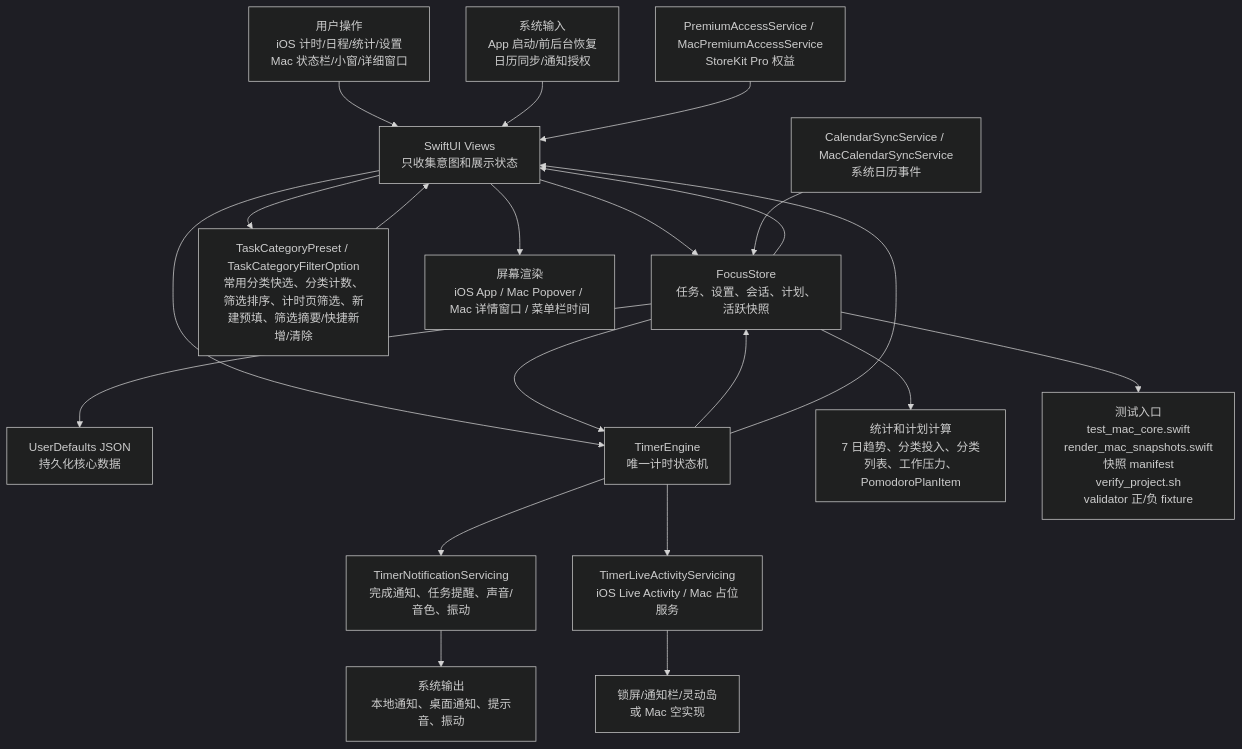
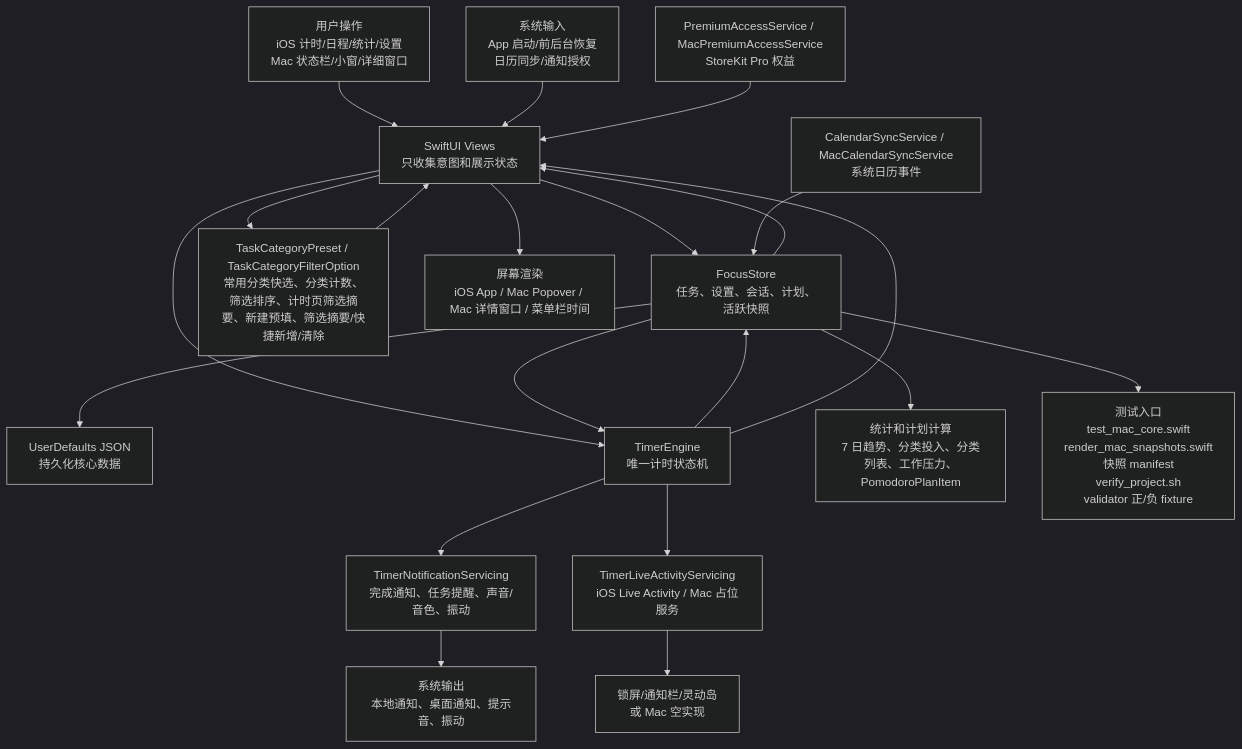
Before and after one commit to Altman-sam114/114: the first of 6 diagrams in md/flow/flowchart.md, drawn with Mermaid (dark theme). The commit also changed other lines of this file and 7 other files, not shown here.

````diff
--- a/md/flow/flowchart.md
+++ b/md/flow/flowchart.md
@@ -9,23 +9,23 @@
 ```mermaid
 flowchart TD
   U["用户操作<br/>iOS 计时/日程/统计/设置<br/>Mac 状态栏/小窗/详细窗口"] --> V["SwiftUI Views<br/>只收集意图和展示状态"]
   SYS["系统输入<br/>App 启动/前后台恢复<br/>日历同步/通知授权"] --> V
   V --> S["FocusStore<br/>任务、设置、会话、计划、活跃快照"]
-  V --> CAT["TaskCategoryPreset / TaskCategoryFilterOption<br/>常用分类快选、分类计数、筛选排序、计时页筛选、新建预填、筛选摘要/快捷新增/清除"]
+  V --> CAT["TaskCategoryPreset / TaskCategoryFilterOption<br/>常用分类快选、分类计数、筛选排序、计时页筛选摘要、新建预填、筛选摘要/快捷新增/清除"]
   CAT --> V
   S --> P["UserDefaults JSON<br/>持久化核心数据"]
   V --> E["TimerEngine<br/>唯一计时状态机"]
   S --> E
   E --> S
   E --> N["TimerNotificationServicing<br/>完成通知、任务提醒、声音/音色、振动"]
   E --> L["TimerLiveActivityServicing<br/>iOS Live Activity / Mac 占位服务"]
   S --> C["统计和计划计算<br/>7 日趋势、分类投入、分类列表、工作压力、PomodoroPlanItem"]
   CAL["CalendarSyncService / MacCalendarSyncService<br/>系统日历事件"] --> S
   PRO["PremiumAccessService / MacPremiumAccessService<br/>StoreKit Pro 权益"] --> V
   S --> V
   E --> V
   V --> OUT["屏幕渲染<br/>iOS App / Mac Popover / Mac 详情窗口 / 菜单栏时间"]
   N --> OUT2["系统输出<br/>本地通知、桌面通知、提示音、振动"]
   L --> OUT3["锁屏/通知栏/灵动岛<br/>或 Mac 空实现"]
   S --> T["测试入口<br/>test_mac_core.swift<br/>render_mac_snapshots.swift<br/>快照 manifest<br/>verify_project.sh<br/>validator 正/负 fixture"]
 ```
````
